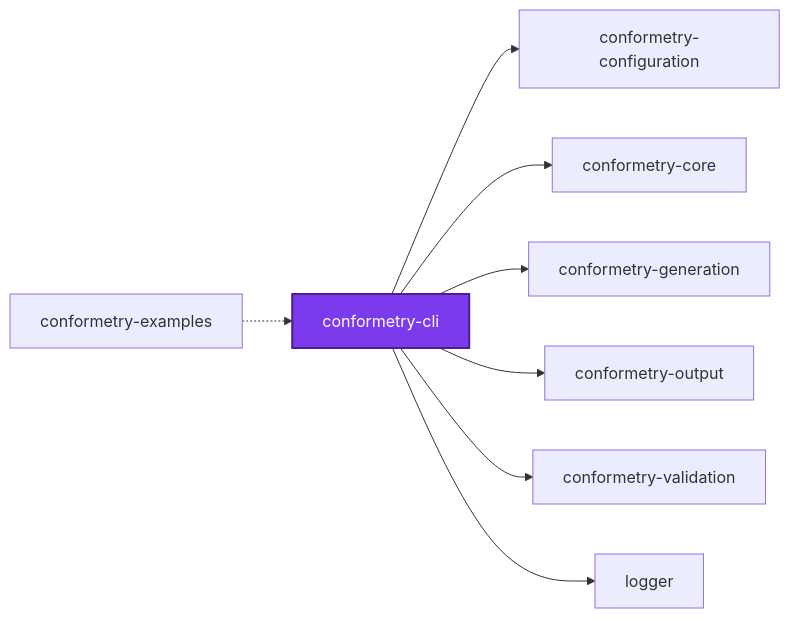
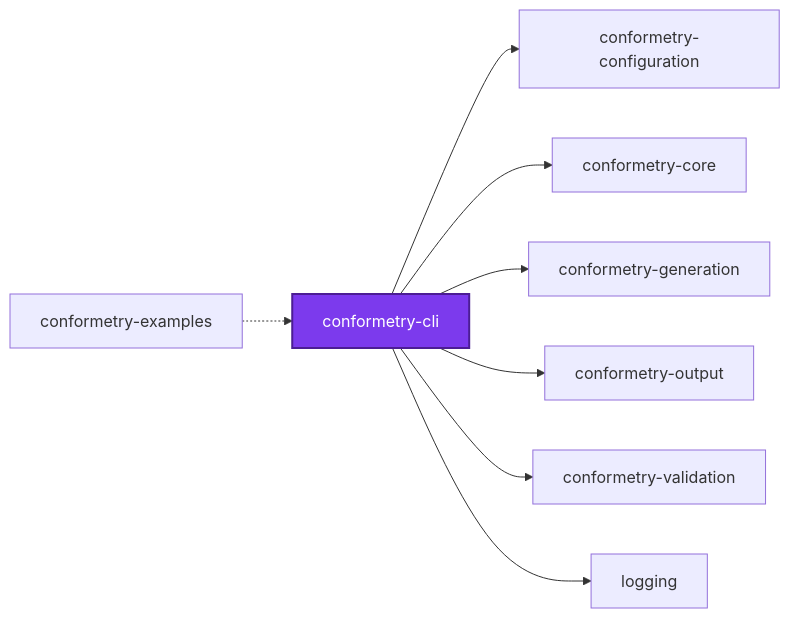
Before and after one commit to Organizzolini/codebase: the first of 3 diagrams in packages/ic-suite/conformetry/conformetry-cli/README.md, drawn with Mermaid. The commit also changed 30 other files, not shown here.

Commit message:
refactor(ic-suite): ♻️ rename the logger nx project and its name tag to logging

````diff
--- a/packages/ic-suite/conformetry/conformetry-cli/README.md
+++ b/packages/ic-suite/conformetry/conformetry-cli/README.md
@@ -901,20 +901,20 @@
 ```mermaid
 graph LR
   conformetry_cli["conformetry-cli"]
   conformetry_configuration["conformetry-configuration"]
   conformetry_core["conformetry-core"]
   conformetry_examples["conformetry-examples"]
   conformetry_generation["conformetry-generation"]
   conformetry_output["conformetry-output"]
   conformetry_validation["conformetry-validation"]
-  logger["logger"]
+  logging["logging"]
   conformetry_cli --> conformetry_configuration
   conformetry_cli --> conformetry_core
   conformetry_cli --> conformetry_generation
   conformetry_cli --> conformetry_output
   conformetry_cli --> conformetry_validation
-  conformetry_cli --> logger
+  conformetry_cli --> logging
   conformetry_examples -.-> conformetry_cli
   classDef subject fill:#7c3aed,color:#fff,stroke:#4c1d95,stroke-width:2px
   class conformetry_cli subject
 ```
````
